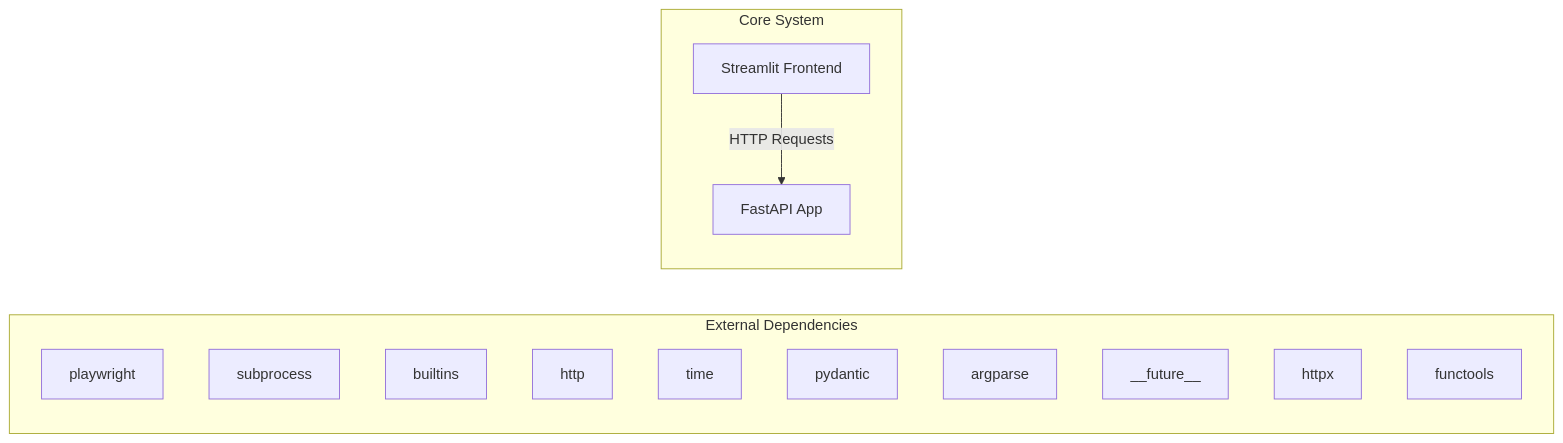
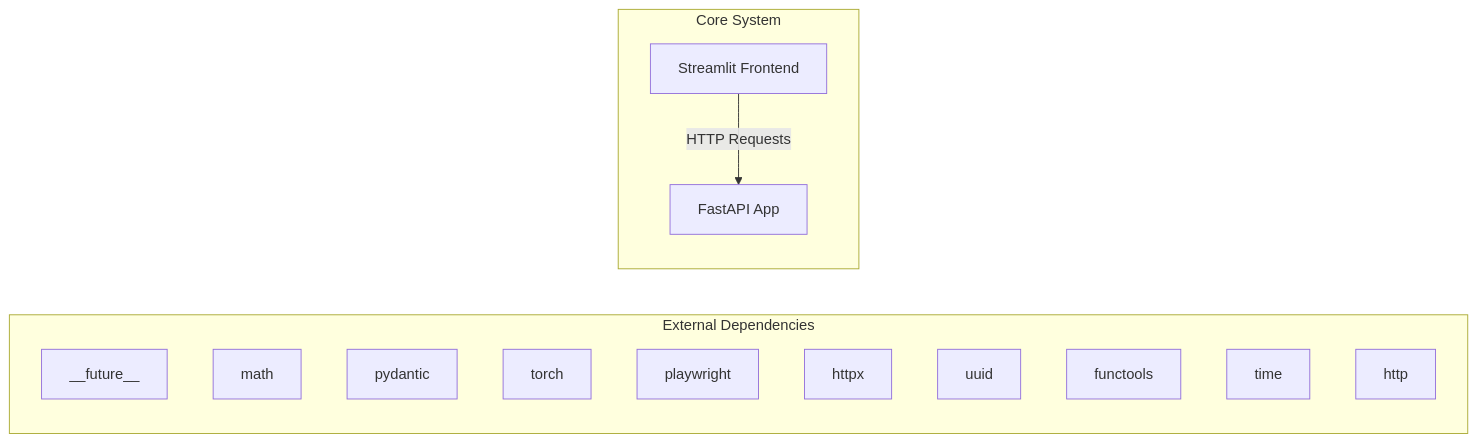
The first of 2 diagrams in docs/architecture.md (NITISH-R-G/rag-context-optimizer), drawn with Mermaid before and after one commit. The commit also changed 1 other file, not shown here.

Commit message:
docs: auto-update repository knowledge, architecture diagrams, and documentation

````diff
--- a/docs/architecture.md
+++ b/docs/architecture.md
@@ -7,20 +7,20 @@
 ```mermaid
 graph LR
     subgraph External Dependencies
-        E0["playwright"]
-        E1["subprocess"]
-        E2["builtins"]
-        E3["http"]
-        E4["time"]
-        E5["pydantic"]
-        E6["argparse"]
-        E7["__future__"]
-        E8["httpx"]
-        E9["functools"]
+        E0["__future__"]
+        E1["math"]
+        E2["pydantic"]
+        E3["torch"]
+        E4["playwright"]
+        E5["httpx"]
+        E6["uuid"]
+        E7["functools"]
+        E8["time"]
+        E9["http"]
     end
     subgraph Core System
         API["FastAPI App"]
         UI["Streamlit Frontend"]
     end
     UI -->|HTTP Requests| API
 ```
````
